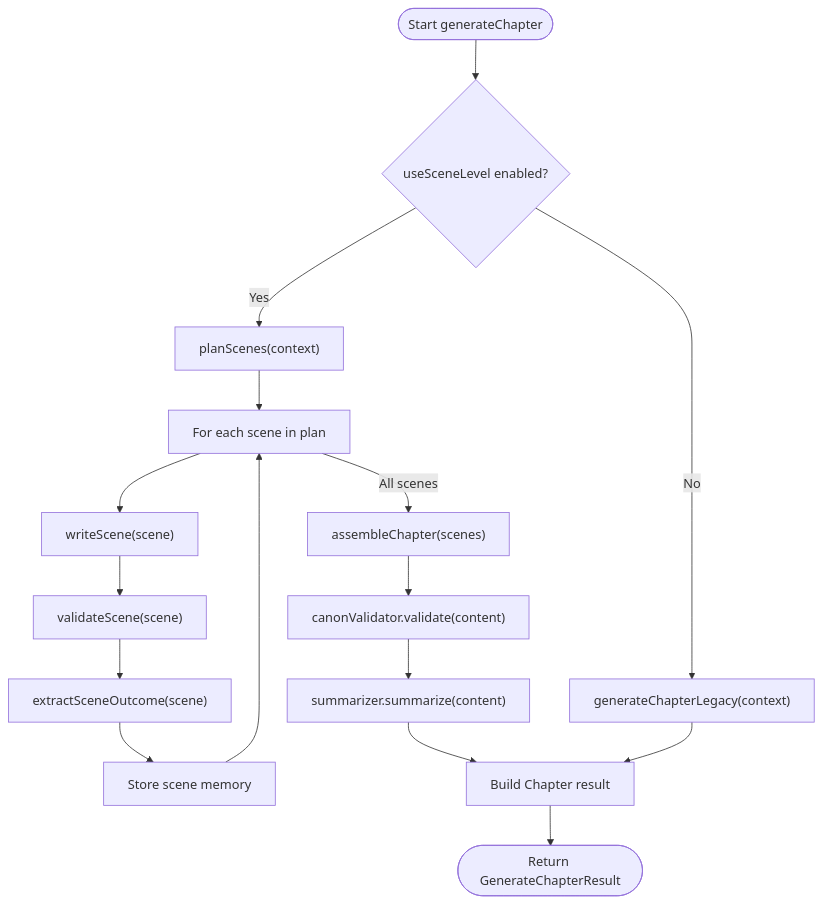
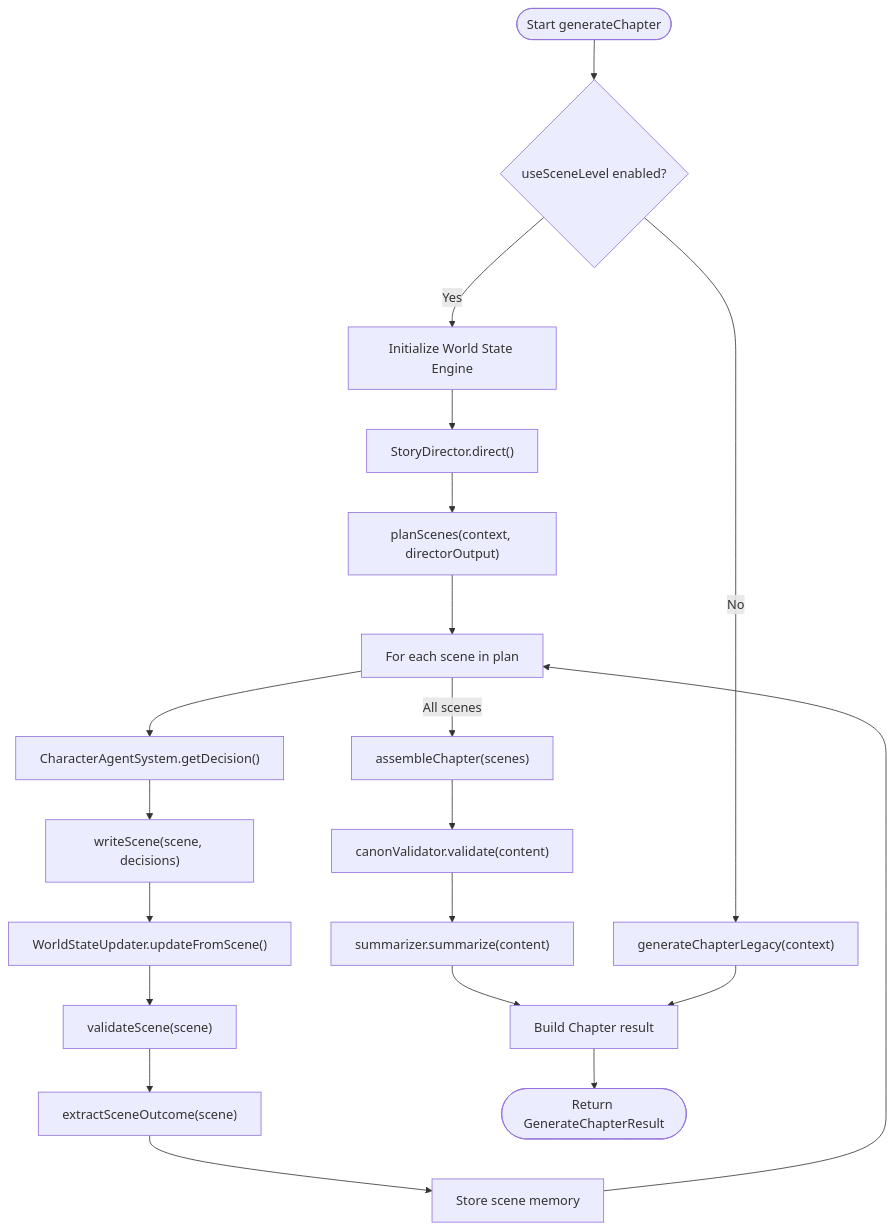
Before and after one commit to liwonder/NARRITIVE_OS: the third of 4 diagrams in .qoder/repowiki/en/content/Engine Architecture/Generation Pipeline.md, drawn with Mermaid. The commit also changed other lines of this file and 12 other files, not shown here.

````diff
--- a/.qoder/repowiki/en/content/Engine Architecture/Generation Pipeline.md
+++ b/.qoder/repowiki/en/content/Engine Architecture/Generation Pipeline.md
@@ -234,18 +286,22 @@
 ```mermaid
 flowchart TD
 Start(["Start generateChapter"]) --> CheckMode{"useSceneLevel enabled?"}
-CheckMode --> |Yes| ScenePlan["planScenes(context)"]
-ScenePlan --> SceneLoop["For each scene in plan"]
-SceneLoop --> WriteScene["writeScene(scene)"]
-WriteScene --> ValidateScene["validateScene(scene)"]
+CheckMode --> |Yes| InitWorld["Initialize World State Engine"]
+InitWorld --> Director["StoryDirector.direct()"]
+Director --> PlanScenes["planScenes(context, directorOutput)"]
+PlanScenes --> SceneLoop["For each scene in plan"]
+SceneLoop --> GetDecisions["CharacterAgentSystem.getDecision()"]
+GetDecisions --> WriteScene["writeScene(scene, decisions)"]
+WriteScene --> UpdateWorld["WorldStateUpdater.updateFromScene()"]
+UpdateWorld --> ValidateScene["validateScene(scene)"]
 ValidateScene --> ExtractOutcome["extractSceneOutcome(scene)"]
 ExtractOutcome --> StoreMemory["Store scene memory"]
 StoreMemory --> SceneLoop
 SceneLoop --> |All scenes| Assemble["assembleChapter(scenes)"]
 Assemble --> CanonValidate["canonValidator.validate(content)"]
 CanonValidate --> Summarize["summarizer.summarize(content)"]
 Summarize --> Build["Build Chapter result"]
 CheckMode --> |No| Legacy["generateChapterLegacy(context)"]
 Legacy --> Build
 Build --> End(["Return GenerateChapterResult"])
 ```
````
